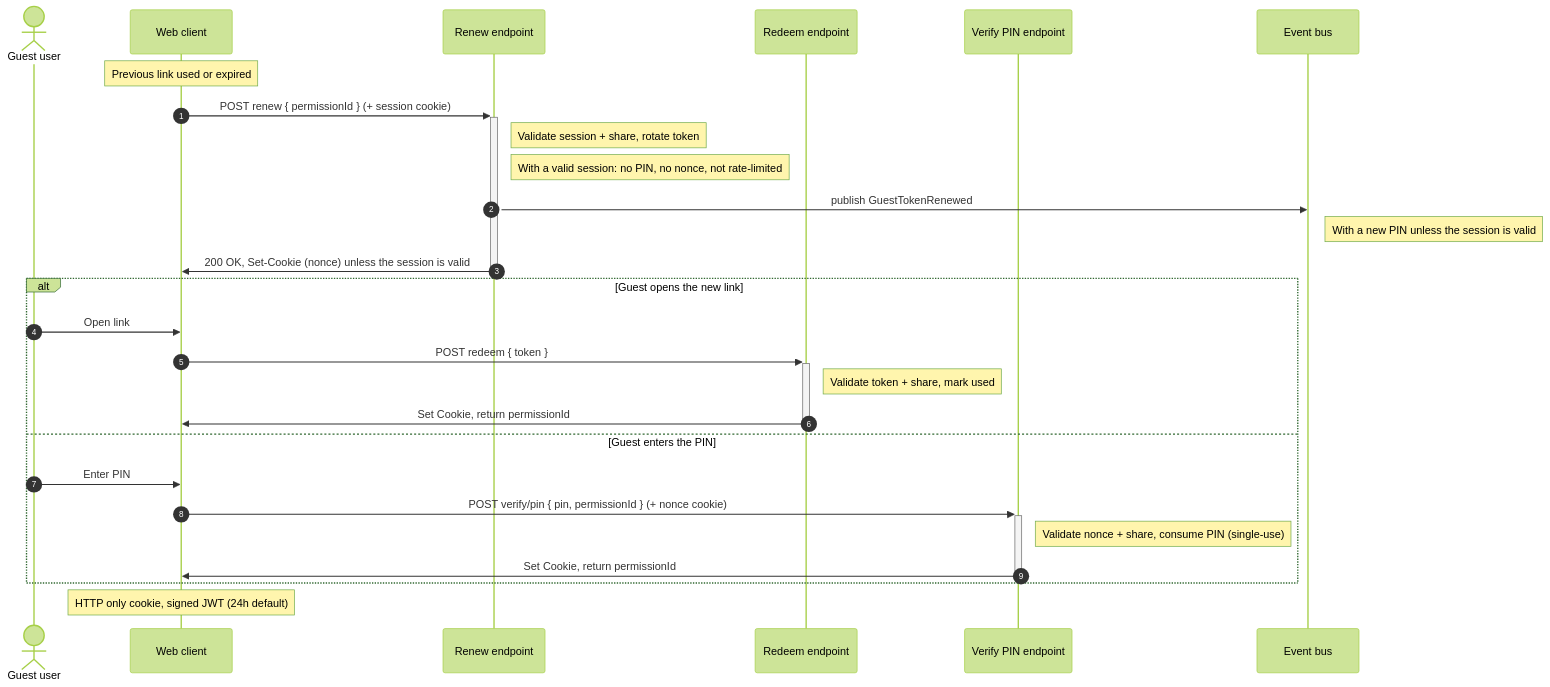
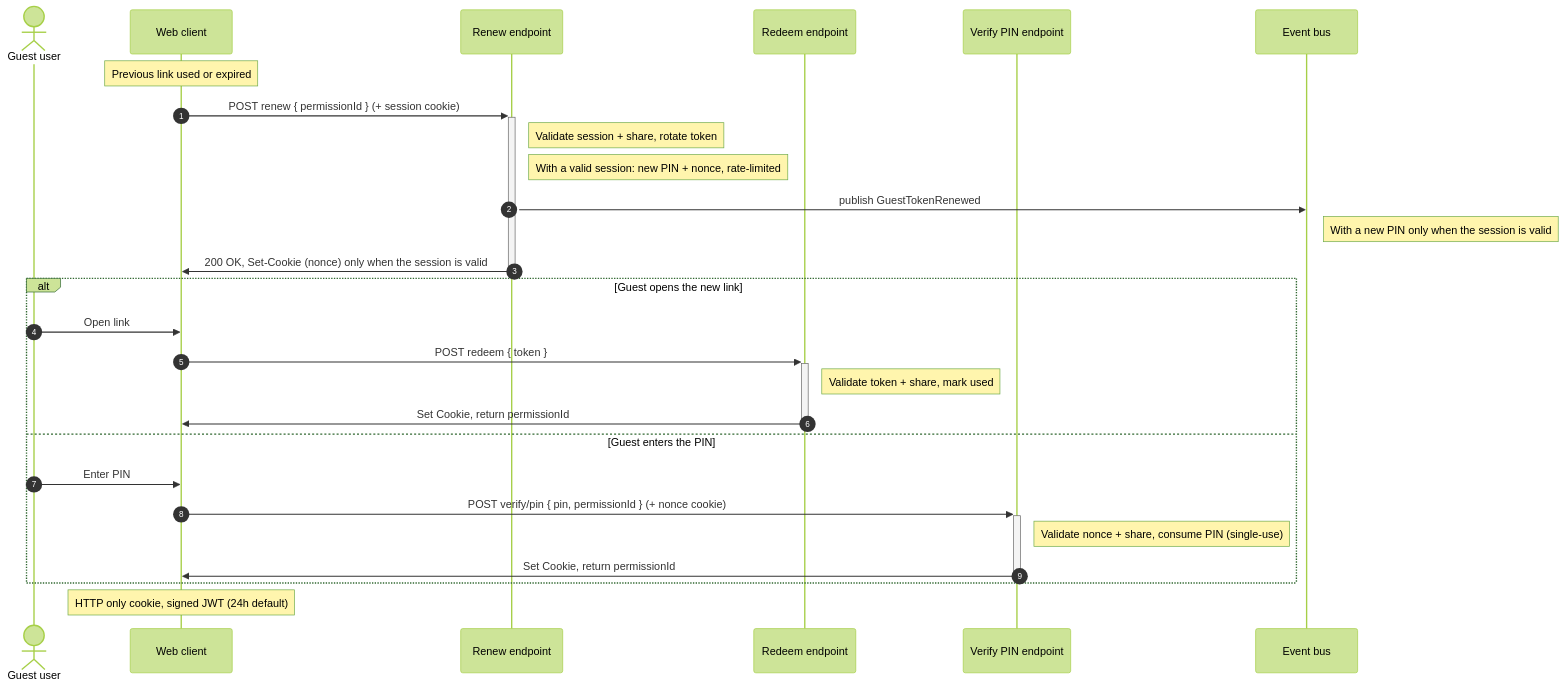
Before and after one commit to rhafer/opencloud: the second of 2 diagrams in services/auth-guest/README.md, drawn with Mermaid (forest theme). The commit also changed other lines of this file and 2 other files, not shown here.

Commit message:
feat(authguest): fix the renew sessionValid condition

````diff
--- a/services/auth-guest/README.md
+++ b/services/auth-guest/README.md
@@ -137,31 +132,31 @@
 ```mermaid
 sequenceDiagram
     autonumber
     actor User as Guest user
     participant Web as Web client
     participant Renew as Renew endpoint
     participant Redeem as Redeem endpoint
     participant Pin as Verify PIN endpoint
     participant Bus as Event bus
 
     Note over Web: Previous link used or expired
     Web->>+Renew: POST renew { permissionId } (+ session cookie)
     Note right of Renew: Validate session + share, rotate token
-    Note right of Renew: With a valid session: no PIN, no nonce, not rate-limited
+    Note right of Renew: With a valid session: new PIN + nonce, rate-limited
     Renew->>Bus: publish GuestTokenRenewed
-    Note right of Bus: With a new PIN unless the session is valid
-    Renew->>-Web: 200 OK, Set-Cookie (nonce) unless the session is valid
+    Note right of Bus: With a new PIN only when the session is valid
+    Renew->>-Web: 200 OK, Set-Cookie (nonce) only when the session is valid
 
     alt Guest opens the new link
         User->>Web: Open link
         Web->>+Redeem: POST redeem { token }
         Note right of Redeem: Validate token + share, mark used
         Redeem->>-Web: Set Cookie, return permissionId
     else Guest enters the PIN
         User->>Web: Enter PIN
         Web->>+Pin: POST verify/pin { pin, permissionId } (+ nonce cookie)
         Note right of Pin: Validate nonce + share, consume PIN (single-use)
         Pin->>-Web: Set Cookie, return permissionId
     end
     Note over Web: HTTP only cookie, signed JWT (24h default)
 ```
````
